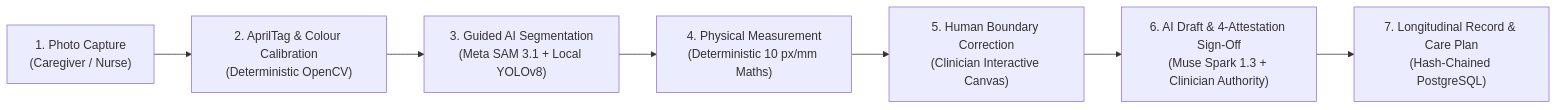
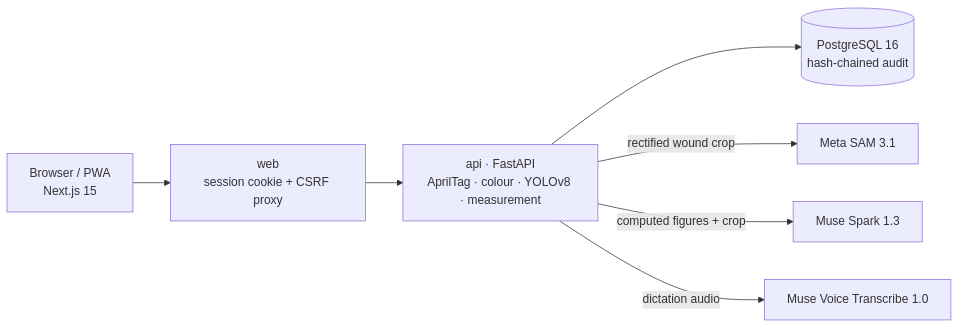
One commit to wtepsan/WoundMeter changed the diagram in README.md. Above: the diagram before and after it, drawn with Mermaid. The commit also changed other lines of this file and 1 other file, not shown here.

````diff
--- a/README.md
+++ b/README.md
@@ -89,9 +79,9 @@
 ```mermaid
 flowchart LR
-    A["1. Photo Capture<br/>(Caregiver / Nurse)"] --> B["2. AprilTag & Colour Calibration<br/>(Deterministic OpenCV)"]
-    B --> C["3. Guided AI Segmentation<br/>(Meta SAM 3.1 + Local YOLOv8)"]
-    C --> D["4. Physical Measurement<br/>(Deterministic 10 px/mm Maths)"]
-    D --> E["5. Human Boundary Correction<br/>(Clinician Interactive Canvas)"]
-    E --> F["6. AI Draft & 4-Attestation Sign-Off<br/>(Muse Spark 1.3 + Clinician Authority)"]
-    F --> G["7. Longitudinal Record & Care Plan<br/>(Hash-Chained PostgreSQL)"]
+    B["Browser / PWA<br/>Next.js 15"] --> W["web<br/>session cookie + CSRF proxy"]
+    W --> A["api · FastAPI<br/>AprilTag · colour · YOLOv8 · measurement"]
+    A --> D[("PostgreSQL 16<br/>hash-chained audit")]
+    A -->|"rectified wound crop"| S["Meta SAM 3.1"]
+    A -->|"computed figures + crop"| M["Muse Spark 1.3"]
+    A -->|"dictation audio"| V["Muse Voice Transcribe 1.0"]
 ```
````
